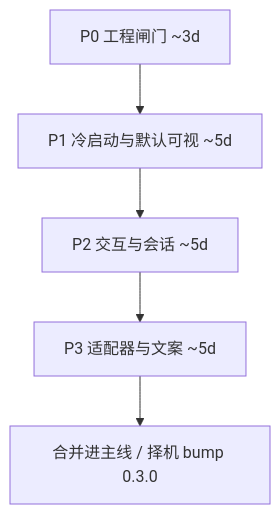
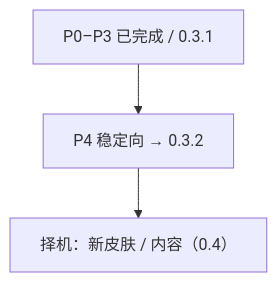
Before and after one commit to shuxiayouzhimao/codex-DP: the diagram in 优化扩展方案.md, drawn with Mermaid. The commit also changed other lines of this file and 34 other files, not shown here.

````diff
--- a/优化扩展方案.md
+++ b/优化扩展方案.md
@@ -13,7 +15,5 @@
 ```mermaid
 flowchart TB
-  p0["P0 工程闸门 ~3d"] --> p1["P1 冷启动与默认可视 ~5d"]
-  p1 --> p2["P2 交互与会话 ~5d"]
-  p2 --> p3["P3 适配器与文案 ~5d"]
-  p3 --> ship["合并进主线 / 择机 bump 0.3.0"]
+  done["P0–P3 已完成 / 0.3.1"] --> p4["P4 稳定向 → 0.3.2"]
+  p4 --> later["择机：新皮肤 / 内容（0.4）"]
 ```
````
